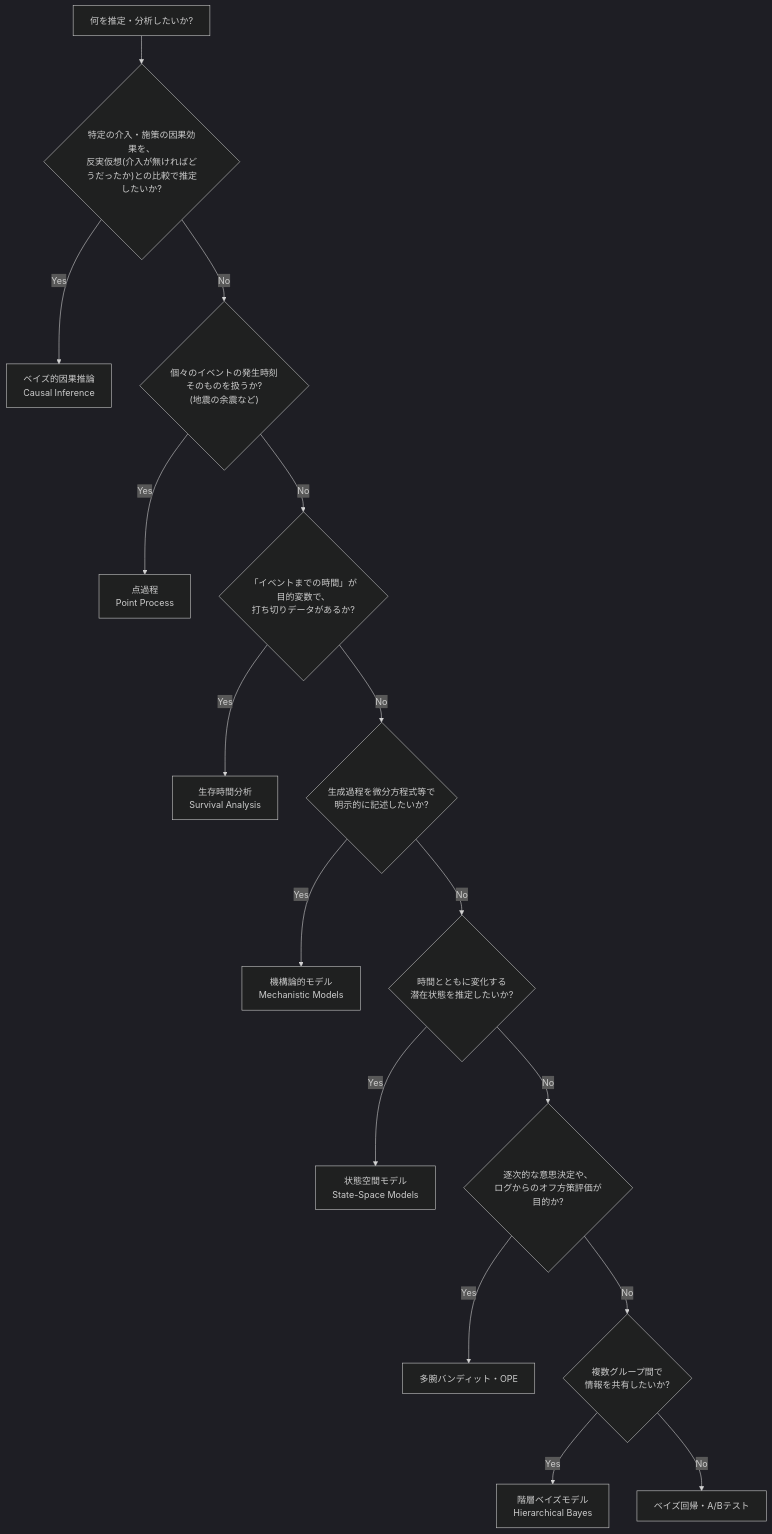
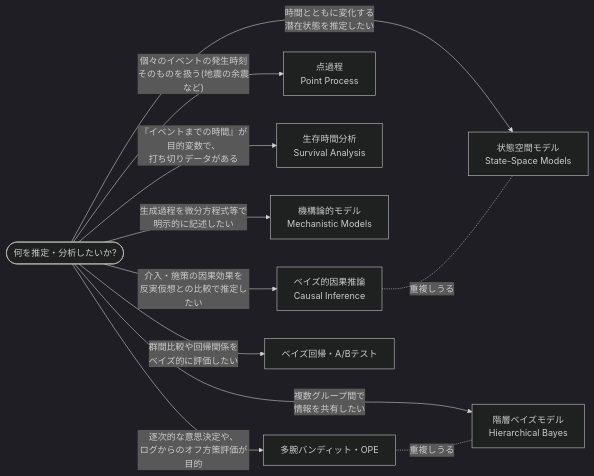
One commit to karahashimanato/bayesian-analysis-index changed the diagram in analysis-types.md. Above: the diagram before and after it, drawn with Mermaid (dark theme). The commit also changed other lines of this file, not shown here.

Commit message:
Replace non-exclusive decision tree with fan-out chart in analysis-types.md
The 8 analysis types overlap (e.g. Multi-Armed-Bandit is also Hierarchical
Bayes, bayesian-causal-inference also State-Space), so a strict Yes/No
elimination flowchart hid whichever type wasn't reached first. Switched to
independent feature-question branches from Start, with dashed edges marking
known overlaps.

````diff
--- a/analysis-types.md
+++ b/analysis-types.md
@@ -9,18 +9,16 @@
 ```mermaid
-flowchart TD
-    Start["何を推定・分析したいか?"] --> Q0{"特定の介入・施策の因果効果を、<br/>反実仮想(介入が無ければどうだったか)との比較で推定したいか?"}
-    Q0 -->|Yes| CI["ベイズ的因果推論<br/>Causal Inference"]
-    Q0 -->|No| Q1{"個々のイベントの発生時刻そのものを扱うか?<br/>(地震の余震など)"}
-    Q1 -->|Yes| PP["点過程<br/>Point Process"]
-    Q1 -->|No| Q2{"「イベントまでの時間」が目的変数で、<br/>打ち切りデータがあるか?"}
-    Q2 -->|Yes| SA["生存時間分析<br/>Survival Analysis"]
-    Q2 -->|No| Q3{"生成過程を微分方程式等で<br/>明示的に記述したいか?"}
-    Q3 -->|Yes| MM["機構論的モデル<br/>Mechanistic Models"]
-    Q3 -->|No| Q4{"時間とともに変化する<br/>潜在状態を推定したいか?"}
-    Q4 -->|Yes| SSM["状態空間モデル<br/>State-Space Models"]
-    Q4 -->|No| Q5{"逐次的な意思決定や、<br/>ログからのオフ方策評価が目的か?"}
-    Q5 -->|Yes| MAB["多腕バンディット・OPE"]
-    Q5 -->|No| Q6{"複数グループ間で<br/>情報を共有したいか?"}
-    Q6 -->|Yes| HB["階層ベイズモデル<br/>Hierarchical Bayes"]
-    Q6 -->|No| RB["ベイズ回帰・A/Bテスト"]
+flowchart LR
+    Start(["何を推定・分析したいか?"])
+
+    Start -->|"介入・施策の因果効果を<br/>反実仮想との比較で推定したい"| CI["ベイズ的因果推論<br/>Causal Inference"]
+    Start -->|"個々のイベントの発生時刻<br/>そのものを扱う(地震の余震など)"| PP["点過程<br/>Point Process"]
+    Start -->|"『イベントまでの時間』が目的変数で、<br/>打ち切りデータがある"| SA["生存時間分析<br/>Survival Analysis"]
+    Start -->|"生成過程を微分方程式等で<br/>明示的に記述したい"| MM["機構論的モデル<br/>Mechanistic Models"]
+    Start -->|"時間とともに変化する<br/>潜在状態を推定したい"| SSM["状態空間モデル<br/>State-Space Models"]
+    Start -->|"逐次的な意思決定や、<br/>ログからのオフ方策評価が目的"| MAB["多腕バンディット・OPE"]
+    Start -->|"複数グループ間で<br/>情報を共有したい"| HB["階層ベイズモデル<br/>Hierarchical Bayes"]
+    Start -->|"群間比較や回帰関係を<br/>ベイズ的に評価したい"| RB["ベイズ回帰・A/Bテスト"]
+
+    CI -.重複しうる.- SSM
+    MAB -.重複しうる.- HB
 ```
````
